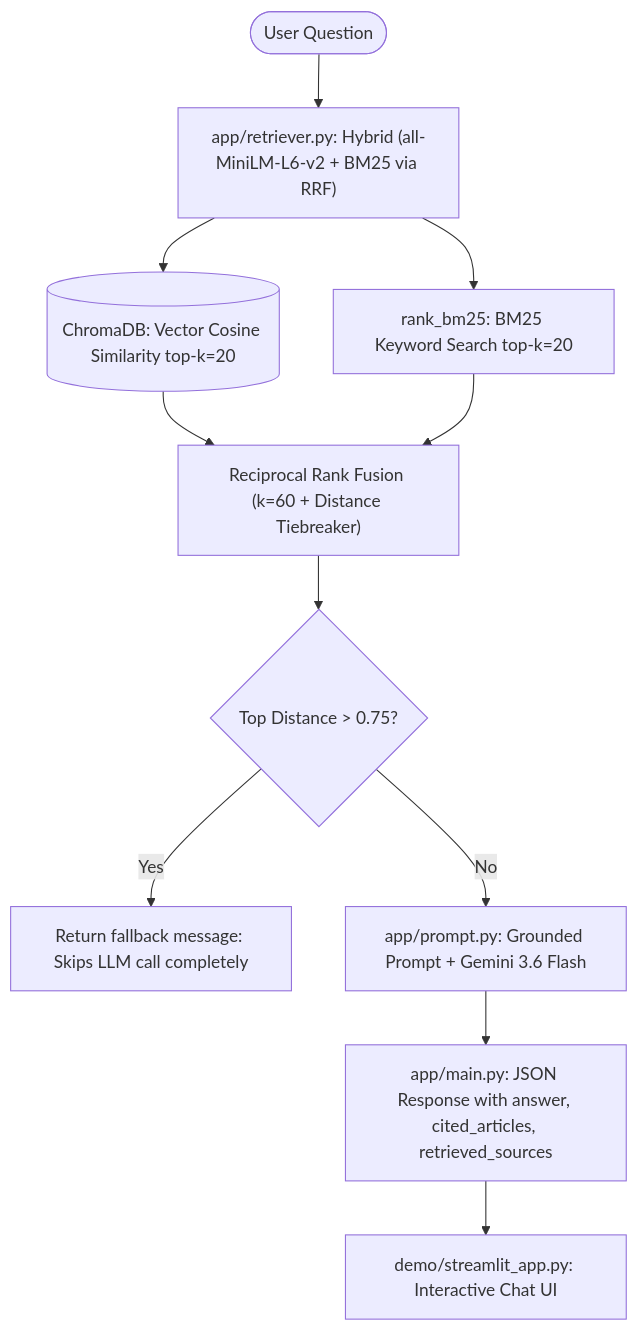
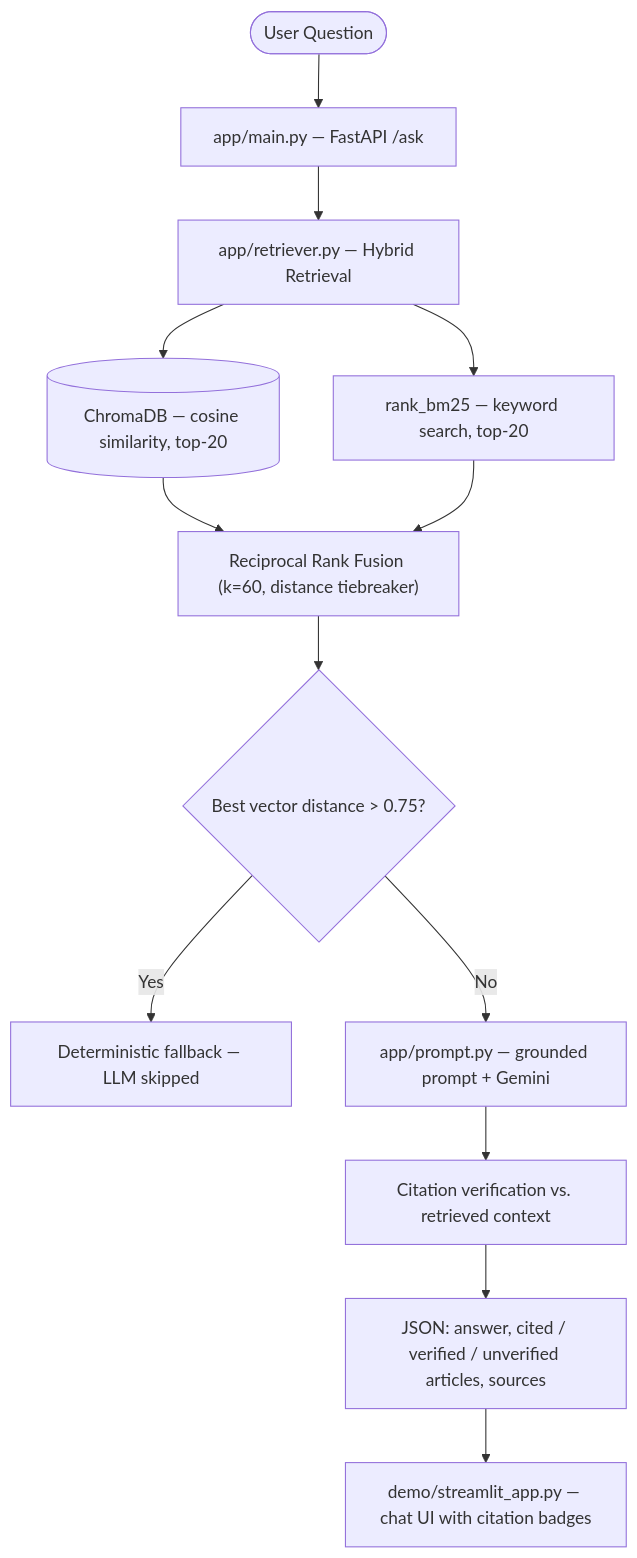
The diagram in README.md (codingwinterz/RAGpanchayat), drawn with Mermaid before and after one commit. The commit also changed other lines of this file and 7 other files, not shown here.

First line of the commit message:
Fix BM25-only retrieval filter, add citation verification, and harden config

````diff
--- a/README.md
+++ b/README.md
@@ -8,13 +26,15 @@
 ```mermaid
 flowchart TD
-    User([User Question]) --> Retriever["app/retriever.py: Hybrid (all-MiniLM-L6-v2 + BM25 via RRF)"]
-    Retriever --> Chroma[("ChromaDB: Vector Cosine Similarity top-k=20")]
-    Retriever --> BM25["rank_bm25: BM25 Keyword Search top-k=20"]
-    Chroma --> RRF["Reciprocal Rank Fusion (k=60 + Distance Tiebreaker)"]
+    User([User Question]) --> API["app/main.py — FastAPI /ask"]
+    API --> Retriever["app/retriever.py — Hybrid Retrieval"]
+    Retriever --> Chroma[("ChromaDB — cosine similarity, top-20")]
+    Retriever --> BM25["rank_bm25 — keyword search, top-20"]
+    Chroma --> RRF["Reciprocal Rank Fusion (k=60, distance tiebreaker)"]
     BM25 --> RRF
-    RRF --> Decision{Top Distance > 0.75?}
-    Decision -- Yes --> Fallback["Return fallback message: Skips LLM call completely"]
-    Decision -- No --> Prompt["app/prompt.py: Grounded Prompt + Gemini 3.6 Flash"]
-    Prompt --> API["app/main.py: JSON Response with answer, cited_articles, retrieved_sources"]
-    API --> UI["demo/streamlit_app.py: Interactive Chat UI"]
+    RRF --> Guard{"Best vector distance > 0.75?"}
+    Guard -- "Yes" --> Fallback["Deterministic fallback — LLM skipped"]
+    Guard -- "No" --> Prompt["app/prompt.py — grounded prompt + Gemini"]
+    Prompt --> Verify["Citation verification vs. retrieved context"]
+    Verify --> Response["JSON: answer, cited / verified / unverified articles, sources"]
+    Response --> UI["demo/streamlit_app.py — chat UI with citation badges"]
 ```
````
